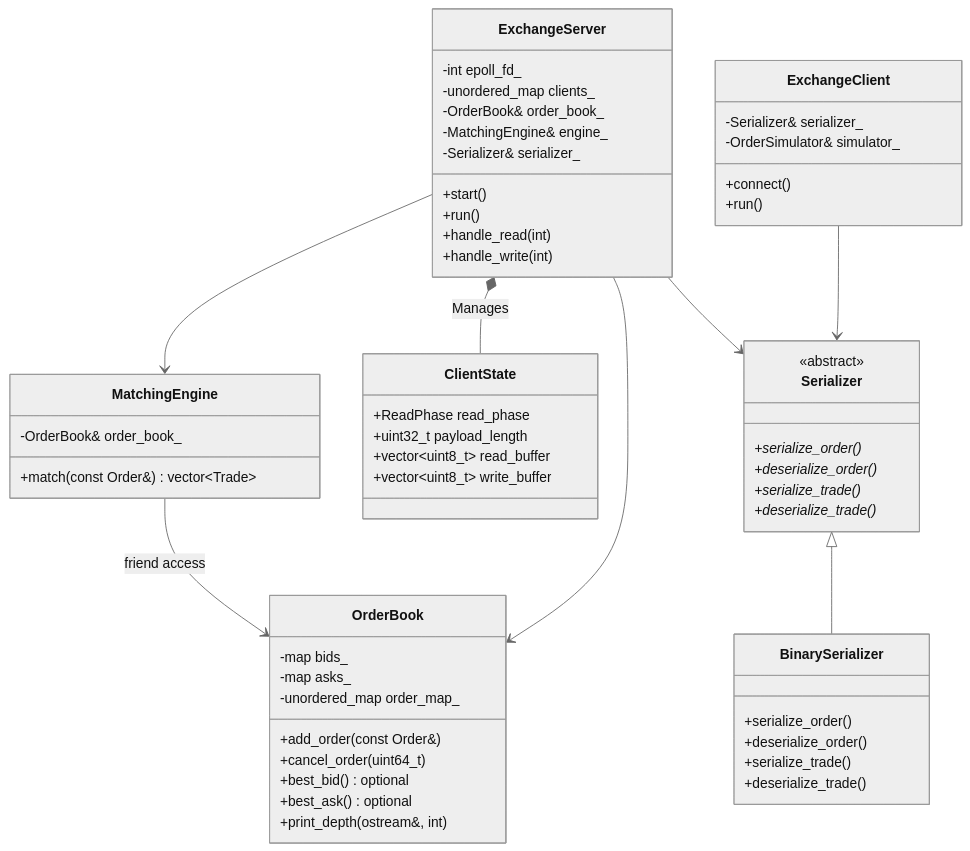
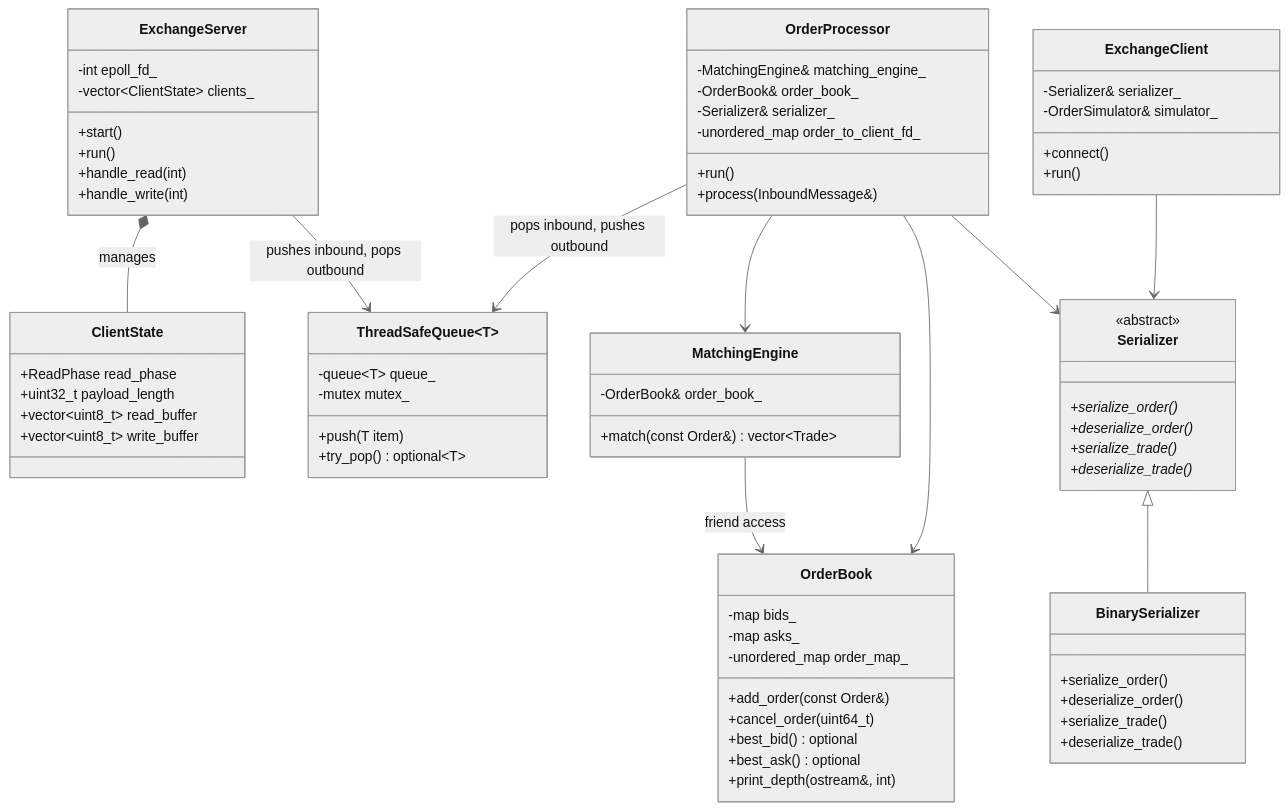
One commit to GlenFilson/exchange-simulator changed the second of 2 diagrams in README.md. Above: the diagram before and after it, drawn with Mermaid (neutral theme). The commit also changed other lines of this file and 11 other files, not shown here.

Commit message:
multithreaded I/O, with basic thread safe queue using mutex

````diff
--- a/README.md
+++ b/README.md
@@ -21,61 +20,74 @@
 ```mermaid
 classDiagram
     class OrderBook {
         -map bids_
         -map asks_
         -unordered_map order_map_
         +add_order(const Order&)
         +cancel_order(uint64_t)
         +best_bid() optional
         +best_ask() optional
         +print_depth(ostream&, int)
     }
     class MatchingEngine {
         -OrderBook& order_book_
         +match(const Order&) vector~Trade~
     }
     class ClientState {
         +ReadPhase read_phase
         +uint32_t payload_length
         +vector~uint8_t~ read_buffer
         +vector~uint8_t~ write_buffer
     }
+    class ThreadSafeQueue~T~ {
+        -queue~T~ queue_
+        -mutex mutex_
+        +push(T item)
+        +try_pop() optional~T~
+    }
+    class OrderProcessor {
+        -MatchingEngine& matching_engine_
+        -OrderBook& order_book_
+        -Serializer& serializer_
+        -unordered_map order_to_client_fd_
+        +run()
+        +process(InboundMessage&)
+    }
     class Serializer {
         <<abstract>>
         +serialize_order()*
         +deserialize_order()*
         +serialize_trade()*
         +deserialize_trade()*
     }
     class BinarySerializer {
         +serialize_order()
         +deserialize_order()
         +serialize_trade()
         +deserialize_trade()
     }
     class ExchangeServer {
         -int epoll_fd_
-        -unordered_map clients_
-        -OrderBook& order_book_
-        -MatchingEngine& engine_
-        -Serializer& serializer_
+        -vector~ClientState~ clients_
         +start()
         +run()
         +handle_read(int)
         +handle_write(int)
     }
     class ExchangeClient {
         -Serializer& serializer_
         -OrderSimulator& simulator_
         +connect()
         +run()
     }
-    
-    ExchangeServer *-- ClientState : Manages
+
+    ExchangeServer *-- ClientState : manages
+    ExchangeServer --> ThreadSafeQueue : pushes inbound, pops outbound
+    OrderProcessor --> ThreadSafeQueue : pops inbound, pushes outbound
+    OrderProcessor --> MatchingEngine
+    OrderProcessor --> OrderBook
+    OrderProcessor --> Serializer
     MatchingEngine --> OrderBook : friend access
     Serializer <|-- BinarySerializer
-    ExchangeServer --> MatchingEngine
-    ExchangeServer --> OrderBook
-    ExchangeServer --> Serializer
     ExchangeClient --> Serializer
 ```
````
